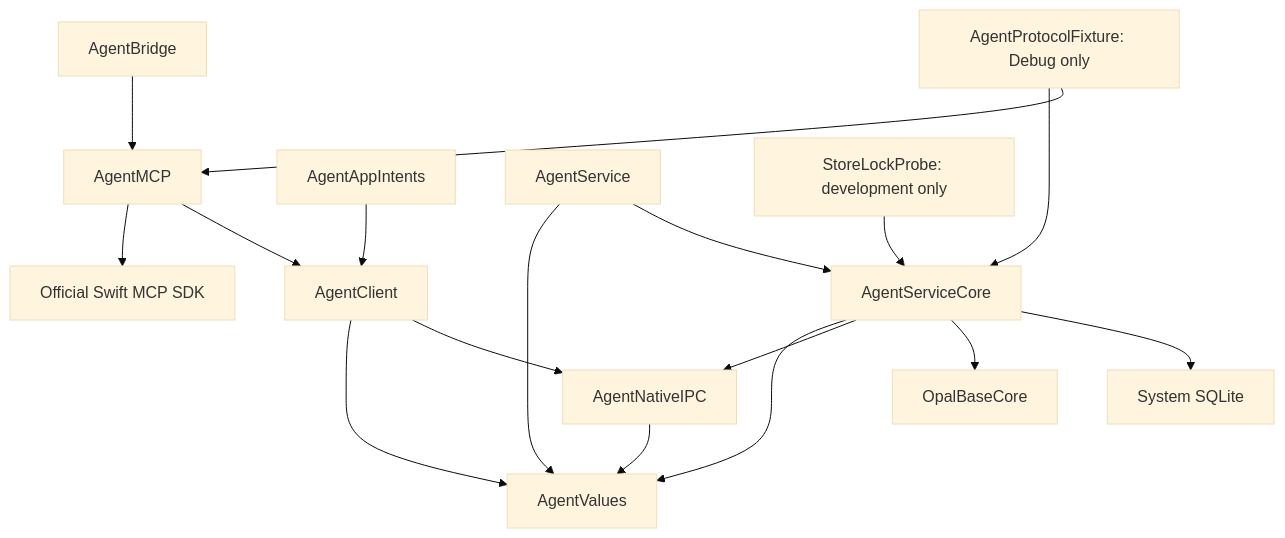
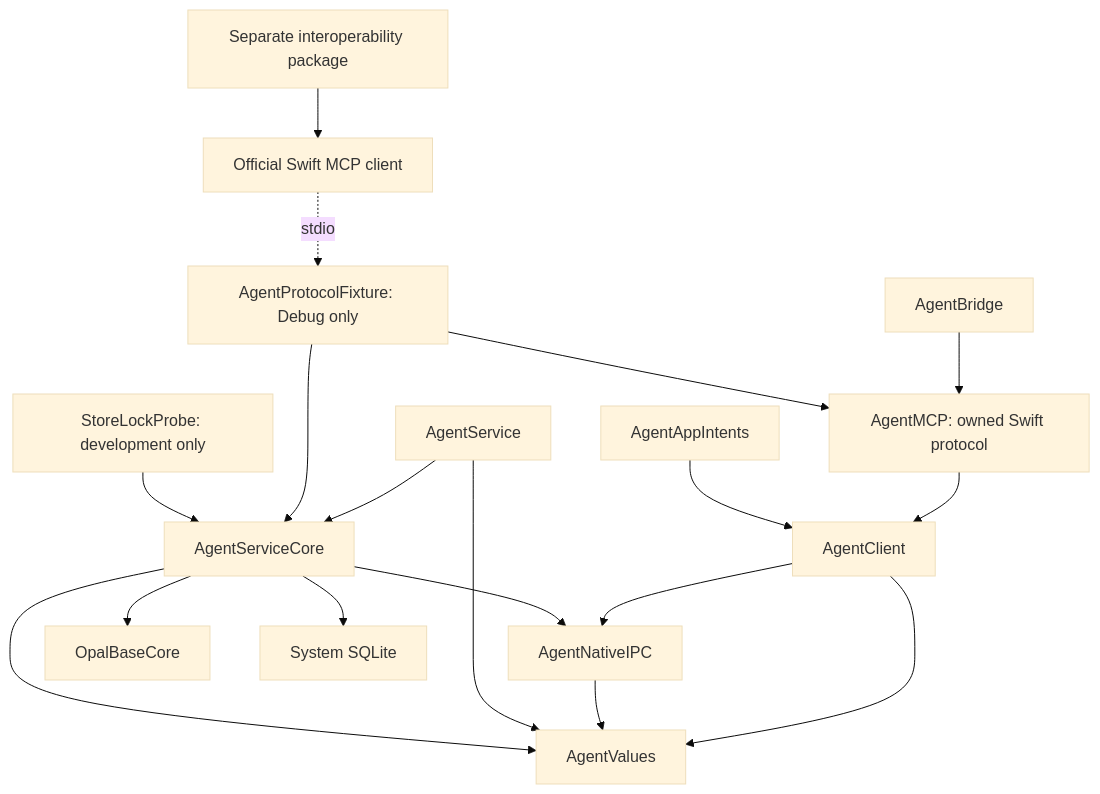
Before and after one commit to 58opals/OpalAgent: the first of 4 diagrams in Documentation/Architecture.md, drawn with Mermaid (base theme). The commit also changed other lines of this file and 34 other files, not shown here.

First line of the commit message:
feat(mcp): own protocol and isolate SDK interoperability

````diff
--- a/Documentation/Architecture.md
+++ b/Documentation/Architecture.md
@@ -7,19 +7,20 @@
 ```mermaid
 flowchart TD
-    Bridge[AgentBridge] --> MCPAdapter[AgentMCP]
-    MCPAdapter --> SDK[Official Swift MCP SDK]
+    Bridge[AgentBridge] --> MCPAdapter[AgentMCP: owned Swift protocol]
     MCPAdapter --> Client[AgentClient]
     AppleAdapter[AgentAppIntents] --> Client
     Client --> Values[AgentValues]
     Client --> IPC[AgentNativeIPC]
     IPC --> Values
     Service[AgentService] --> Values
     Service --> Core[AgentServiceCore]
     Core --> Values
     Core --> IPC
     Core --> BCH[OpalBaseCore]
     Core --> SQL[System SQLite]
     Fixture[AgentProtocolFixture: Debug only] --> Core
     Fixture --> MCPAdapter
+    Tests[Separate interoperability package] --> SDK[Official Swift MCP client]
+    SDK -. stdio .-> Fixture
     Probe[StoreLockProbe: development only] --> Core
 ```
````
